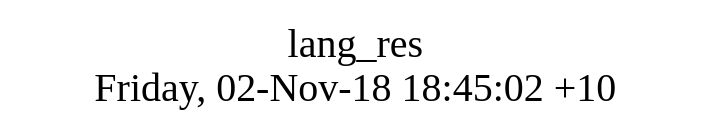
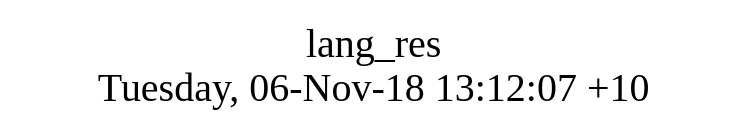
One commit to AplaProject/apps changed the diagram in src/lang_res/struct.dot. Above: the diagram before and after it, drawn with Graphviz. The commit also changed 10 other files, not shown here.

```diff
--- a/src/lang_res/struct.dot
+++ b/src/lang_res/struct.dot
@@ -1,8 +1,8 @@
 digraph G {
 fontsize="24";
-label="lang_res\nFriday, 02-Nov-18 18:45:02 +10";
+label="lang_res\nTuesday, 06-Nov-18 13:12:07 +10";
 nojustify=true;
 ordering=out;
 rankdir=LR;
 size="30";
 }
```
